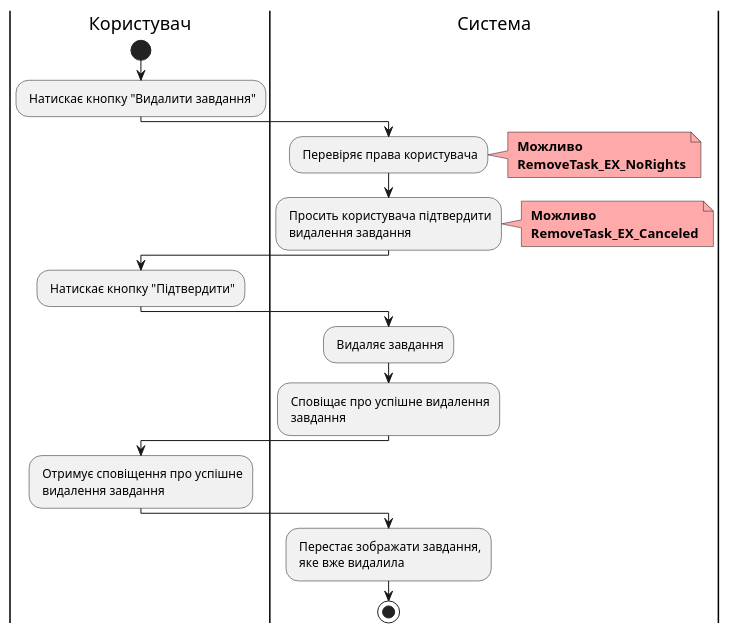
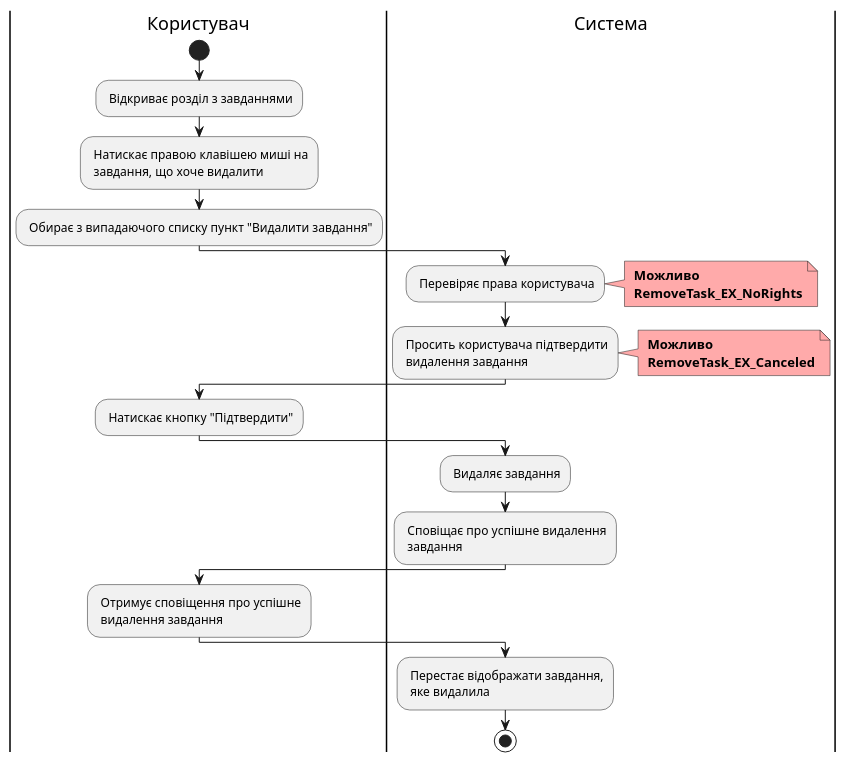
One commit to boldak/edu-db-cw changed diagram 14 of 19 in docs/use cases/README.md. Above: the diagram before and after it, drawn with PlantUML. The commit also changed other lines of this file and 1 other file, not shown here.

```diff
--- a/docs/use cases/README.md
+++ b/docs/use cases/README.md
@@ -941,37 +958,43 @@
 @startuml
+
+    |Користувач|
+    start
+    : Відкриває розділ з завданнями;
     
     |Користувач|
-    start
-    : Натискає кнопку "Видалити завдання";
+    : Натискає правою клавішею миші на\n завдання, що хоче видалити;
+    
+    |Користувач|
+    : Обирає з випадаючого списку пункт "Видалити завдання";
     
     |Система|
     : Перевіряє права користувача;
     note right #ffaaaa
     <b> Можливо
     <b> RemoveTask_EX_NoRights
     end note
     
     |Система|
     : Просить користувача підтвердити\n видалення завдання;
     note right #ffaaaa
     <b> Можливо
     <b> RemoveTask_EX_Canceled
     end note
     
     |Користувач|
     : Натискає кнопку "Підтвердити";
     
     |Система|
     : Видаляє завдання;
     
     |Система|
     : Сповіщає про успішне видалення\n завдання;
     
     |Користувач|
     : Отримує сповіщення про успішне\n видалення завдання;
     
     |Система|
-    : Перестає зображати завдання,\n яке вже видалила;
+    : Перестає відображати завдання,\n яке видалила;
     stop;
     
 @enduml
```
